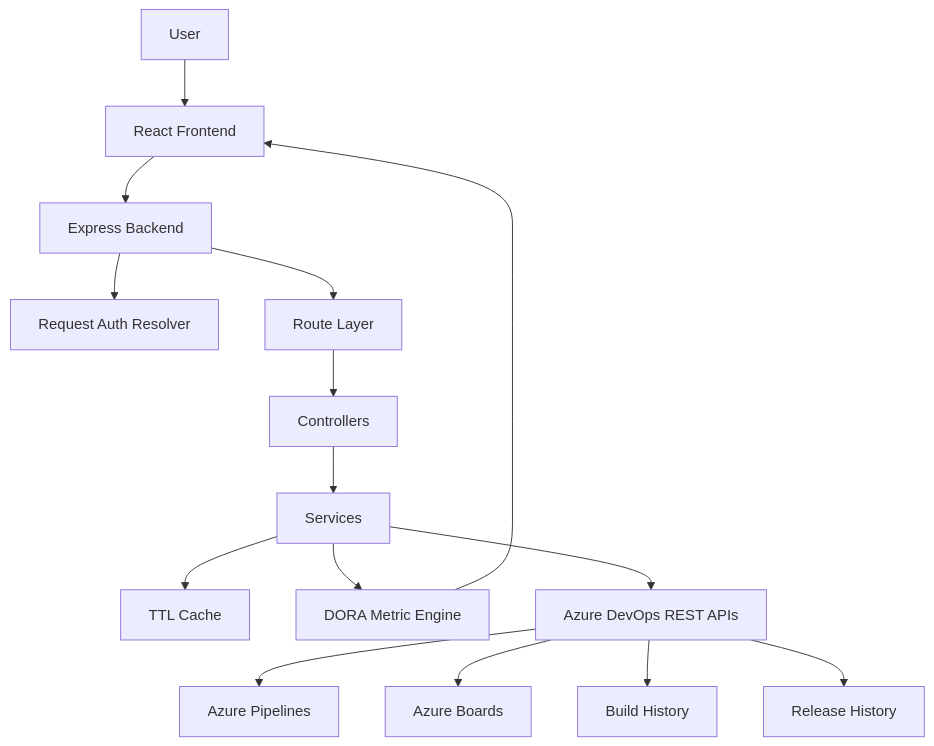
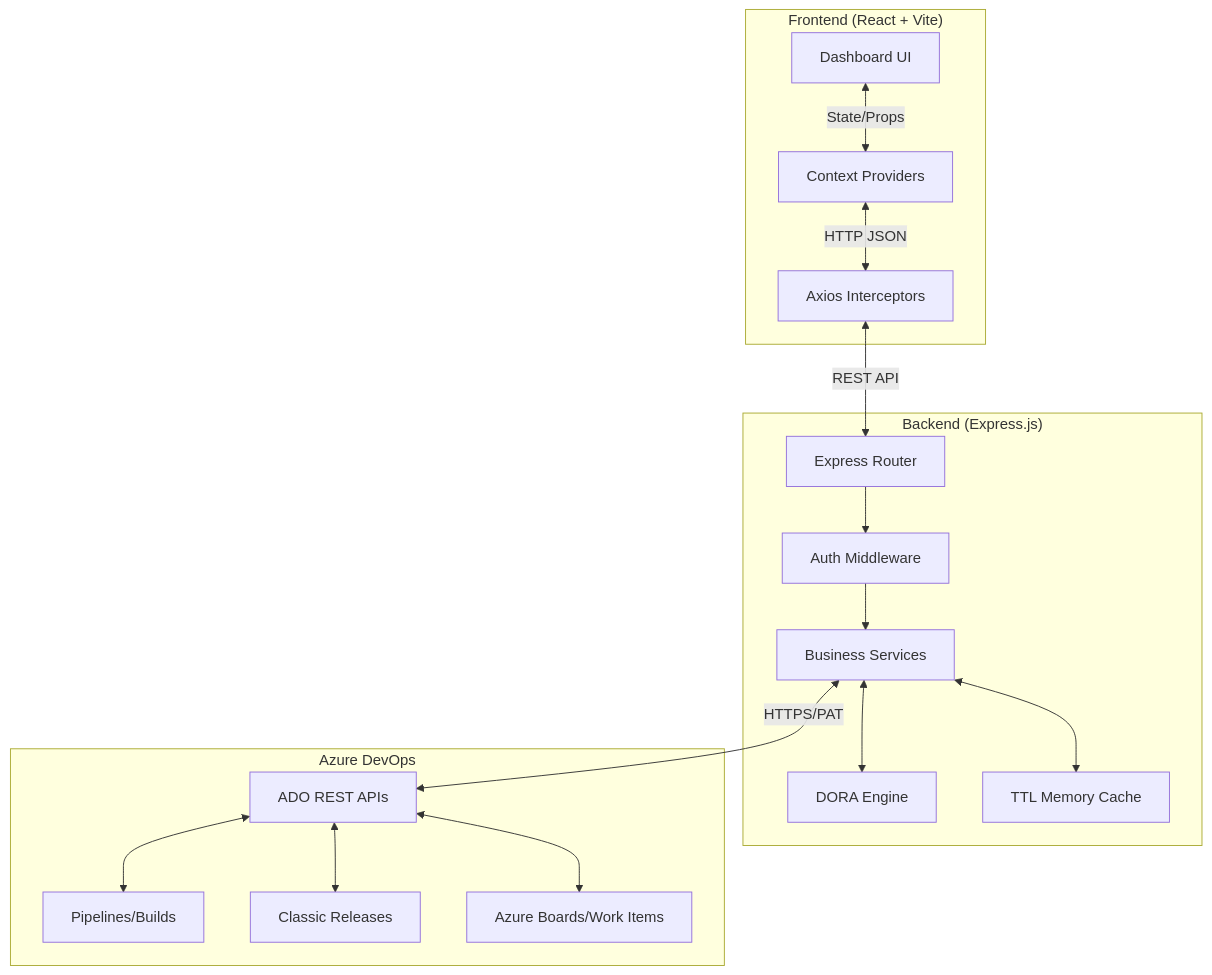
The first of 2 diagrams in README.md (Rudra-Narayan-Pandey/DORA-Dashboard), drawn with Mermaid before and after one commit. The commit also changed other lines of this file and 23 other files, not shown here.

Commit message:
docs: Update README with comprehensive architecture and detailed file breakdowns

````diff
--- a/README.md
+++ b/README.md
@@ -27,32 +35,37 @@
 ```mermaid
 flowchart TB
-  U[User]
-  FE[React Frontend]
-  API[Express Backend]
-  AUTH[Request Auth Resolver]
-  ROUTES[Route Layer]
-  CTRL[Controllers]
-  SVC[Services]
-  CACHE[TTL Cache]
-  METRIC[DORA Metric Engine]
-  ADO[Azure DevOps REST APIs]
-  PIPE[Azure Pipelines]
-  BOARD[Azure Boards]
-  BUILD[Build History]
-  REL[Release History]
+  subgraph Client ["Frontend (React + Vite)"]
+    UI[Dashboard UI]
+    STATE[Context Providers]
+    API_CLIENT[Axios Interceptors]
+  end
 
-  U --> FE
-  FE --> API
-  API --> AUTH
-  API --> ROUTES
-  ROUTES --> CTRL
-  CTRL --> SVC
-  SVC --> CACHE
-  SVC --> METRIC
-  SVC --> ADO
-  ADO --> PIPE
-  ADO --> BOARD
-  ADO --> BUILD
-  ADO --> REL
-  METRIC --> FE
+  subgraph Server ["Backend (Express.js)"]
+    ROUTER[Express Router]
+    AUTH[Auth Middleware]
+    SVC[Business Services]
+    METRICS[DORA Engine]
+    CACHE[TTL Memory Cache]
+  end
+
+  subgraph Cloud ["Azure DevOps"]
+    ADO_REST[ADO REST APIs]
+    PIPELINES[Pipelines/Builds]
+    RELEASES[Classic Releases]
+    BOARDS[Azure Boards/Work Items]
+  end
+
+  UI <-->|State/Props| STATE
+  STATE <-->|HTTP JSON| API_CLIENT
+  API_CLIENT <-->|REST API| ROUTER
+  
+  ROUTER --> AUTH
+  AUTH --> SVC
+  SVC <--> CACHE
+  SVC <--> METRICS
+  SVC <-->|HTTPS/PAT| ADO_REST
+  
+  ADO_REST <--> PIPELINES
+  ADO_REST <--> RELEASES
+  ADO_REST <--> BOARDS
 ```
````
